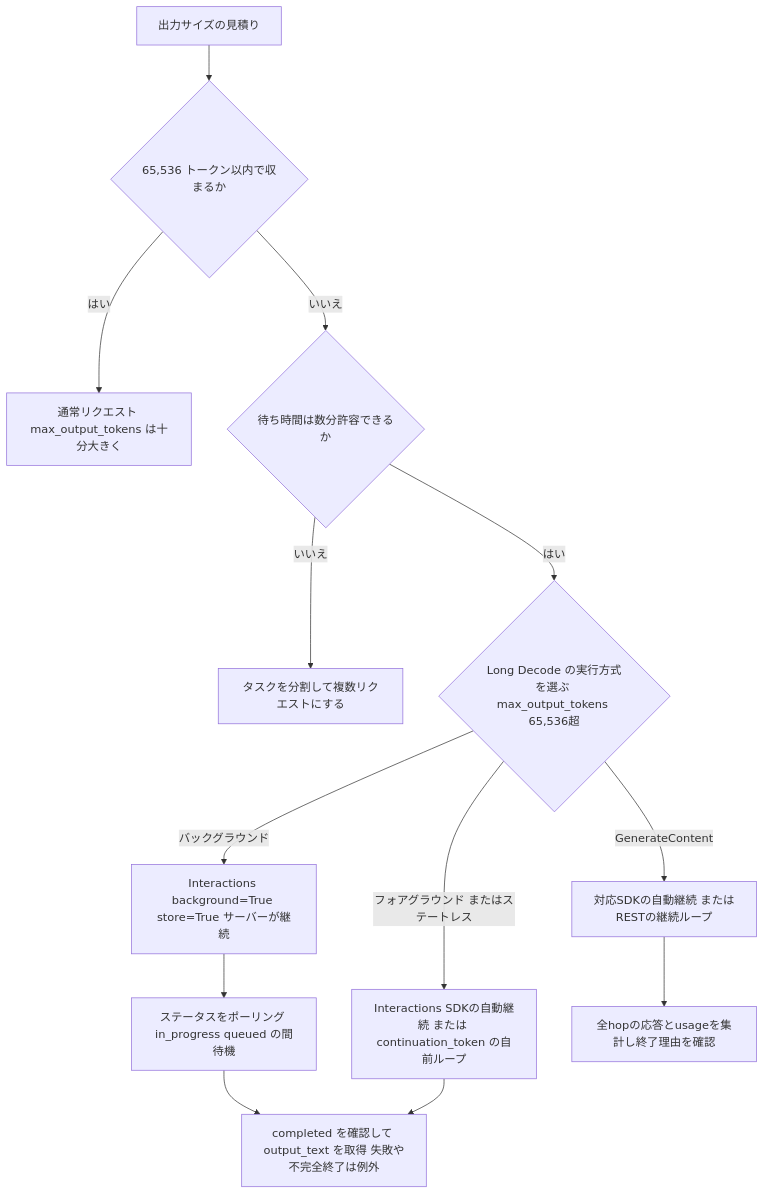
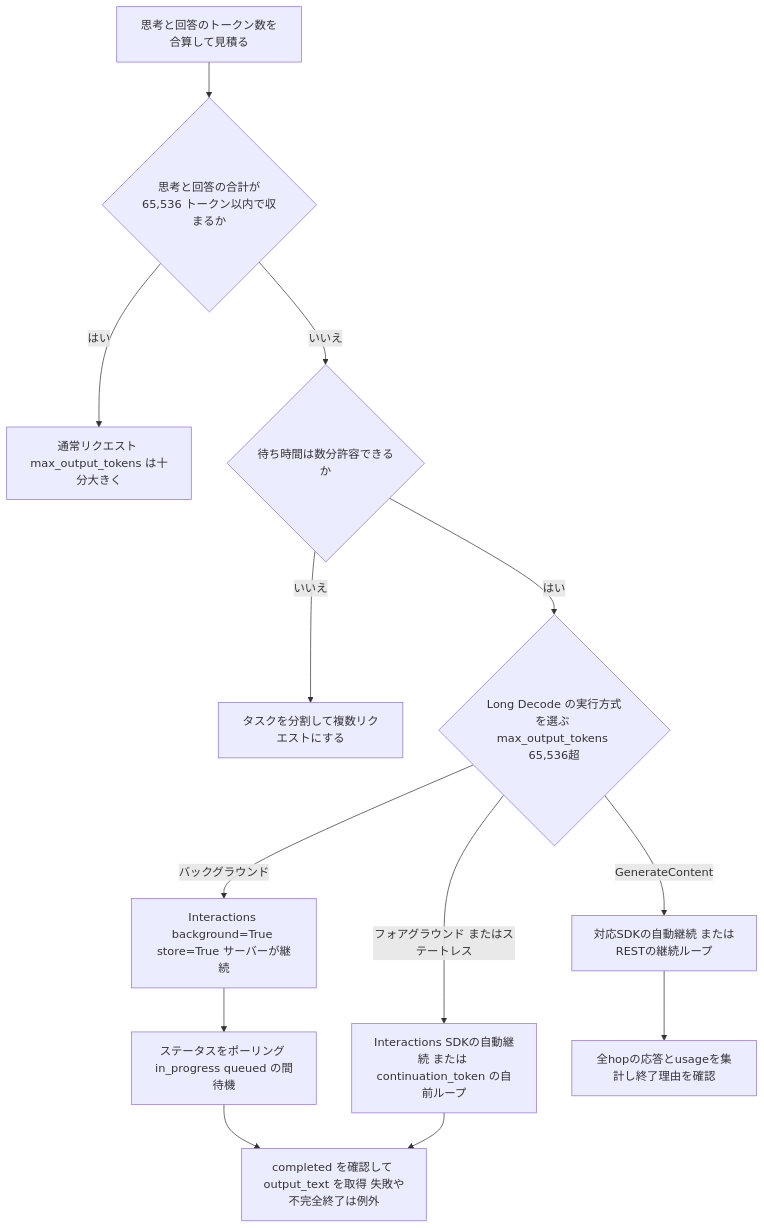
Before and after one commit to myoshi2891/Comparison-of-LLMs: the fifth of 10 diagrams in Gemini-4-hydrogen-guide.md, drawn with Mermaid. The commit also changed other lines of this file, not shown here.

````diff
--- a/Gemini-4-hydrogen-guide.md
+++ b/Gemini-4-hydrogen-guide.md
@@ -275,15 +282,15 @@
 ```mermaid
 flowchart TD
-    A["出力サイズの見積り"] --> B{"65,536 トークン以内で収まるか"}
+    A["思考と回答のトークン数を合算して見積る"] --> B{"思考と回答の合計が65,536 トークン以内で収まるか"}
     B -- "はい" --> C["通常リクエスト max_output_tokens は十分大きく"]
     B -- "いいえ" --> D{"待ち時間は数分許容できるか"}
     D -- "いいえ" --> E["タスクを分割して複数リクエストにする"]
     D -- "はい" --> MODE{"Long Decode の実行方式を選ぶ max_output_tokens 65,536超"}
     MODE -- "バックグラウンド" --> F["Interactions background=True store=True サーバーが継続"]
     MODE -- "フォアグラウンド またはステートレス" --> FG["Interactions SDKの自動継続 または continuation_token の自前ループ"]
     MODE -- "GenerateContent" --> GC["対応SDKの自動継続 またはRESTの継続ループ"]
     F --> G["ステータスをポーリング in_progress queued の間待機"]
     G --> H["completed を確認して output_text を取得 失敗や不完全終了は例外"]
     FG --> H
     GC --> RESULT["全hopの応答とusageを集計し終了理由を確認"]
 ```
````
